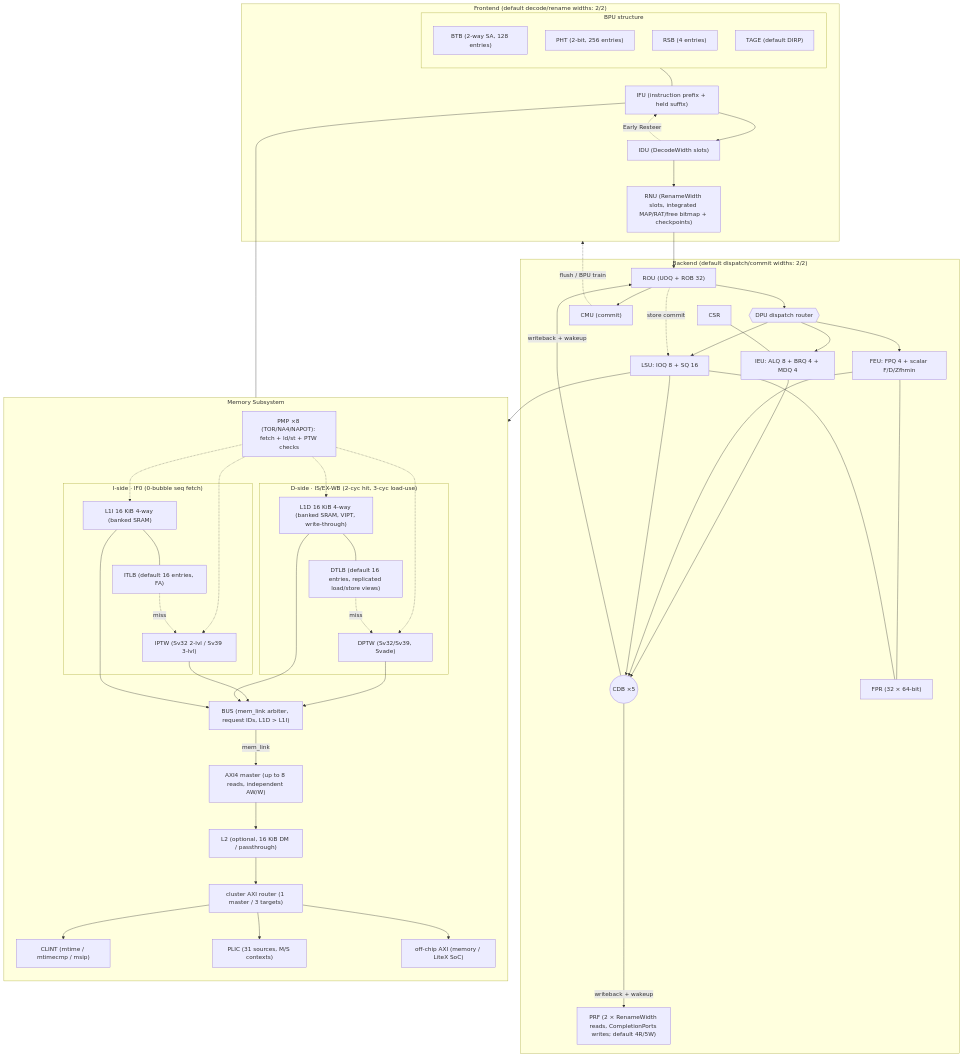
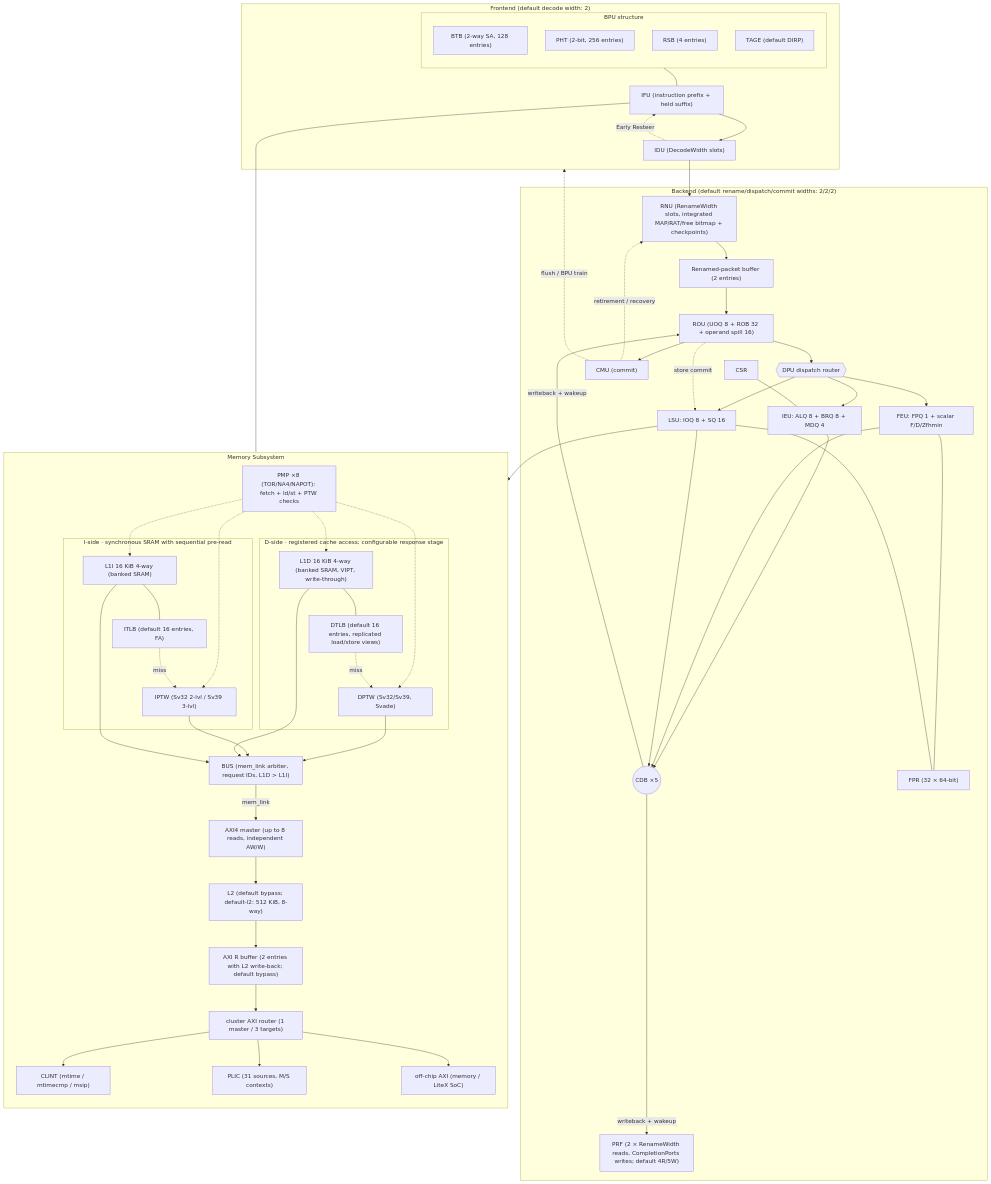
One commit to Kingfish404/raptor-chip changed the diagram in README.md. Above: the diagram before and after it, drawn with Mermaid. The commit also changed other lines of this file and 201 other files, not shown here.

````diff
--- a/README.md
+++ b/README.md
@@ -37,72 +44,75 @@
 ```mermaid
 flowchart TD
   subgraph BPU["BPU structure"]
     direction TD
     BTB["BTB (2-way SA, 128 entries)"]
     PHT["PHT (2-bit, 256 entries)"]
     RSB["RSB (4 entries)"]
     TAGE["TAGE (default DIRP)"]
   end
-  subgraph FE["Frontend (default decode/rename widths: 2/2)"]
+  subgraph FE["Frontend (default decode width: 2)"]
     BPU["BPU (TAGE/BTB/RSB)"]
     IFU["IFU (instruction prefix + held suffix)"]
     IDU["IDU (DecodeWidth slots)"]
+  end
+  subgraph BE["Backend (default rename/dispatch/commit widths: 2/2/2)"]
     RNU["RNU (RenameWidth slots, integrated MAP/RAT/free bitmap + checkpoints)"]
-  end
-  subgraph BE["Backend (default dispatch/commit widths: 2/2)"]
-    ROU["ROU (UOQ + ROB 32)"]
+    RBUF["Renamed-packet buffer (2 entries)"]
+    ROU["ROU (UOQ 8 + ROB 32 + operand spill 16)"]
     DPU{{"DPU dispatch router"}}
-    IEU["IEU: ALQ 8 + BRQ 4 + MDQ 4"]
-    FEU["FEU: FPQ 4 + scalar F/D/Zfhmin"]
+    IEU["IEU: ALQ 8 + BRQ 8 + MDQ 4"]
+    FEU["FEU: FPQ 1 + scalar F/D/Zfhmin"]
     LSU["LSU: IOQ 8 + SQ 16"]
     CDB(("CDB ×5"))
     PRF["PRF (2 × RenameWidth reads, CompletionPorts writes; default 4R/5W)"]
     FPR["FPR (32 × 64-bit)"]
     CMU["CMU (commit)"]
     CSR
   end
   subgraph MEM["Memory Subsystem"]
     direction TD
-    subgraph IMEM["I-side · IF0 (0-bubble seq fetch)"]
+    subgraph IMEM["I-side · synchronous SRAM with sequential pre-read"]
       L1I["L1I 16 KiB 4-way (banked SRAM)"]
       ITLB["ITLB (default 16 entries, FA)"]
       IPTW["IPTW (Sv32 2-lvl / Sv39 3-lvl)"]
     end
-    subgraph DMEM["D-side · IS/EX-WB (2-cyc hit, 3-cyc load-use)"]
+    subgraph DMEM["D-side · registered cache access; configurable response stage"]
       L1D["L1D 16 KiB 4-way (banked SRAM, VIPT, write-through)"]
       DTLB["DTLB (default 16 entries, replicated load/store views)"]
       DPTW["DPTW (Sv32/Sv39, Svade)"]
     end
     PMPC["PMP ×8 (TOR/NA4/NAPOT): fetch + ld/st + PTW checks"]
     BUS["BUS (mem_link arbiter, request IDs, L1D > L1I)"]
     AXIM["AXI4 master (up to 8 reads, independent AW/W)"]
-    L2["L2 (optional, 16 KiB DM / passthrough)"]
+    L2["L2 (default bypass; default-l2: 512 KiB, 8-way)"]
+    RBUF_AXI["AXI R buffer (2 entries with L2 write-back; default bypass)"]
     RTR["cluster AXI router (1 master / 3 targets)"]
     CLINT["CLINT (mtime / mtimecmp / msip)"]
     PLIC["PLIC (31 sources, M/S contexts)"]
     EXT["off-chip AXI (memory / LiteX SoC)"]
   end
   BPU --- IFU
   IFU --> IDU --> RNU
   IDU -."Early Resteer".-> IFU
-  RNU --> ROU --> DPU
+  RNU --> RBUF --> ROU --> DPU
   DPU --> IEU & FEU & LSU
   IEU & FEU & LSU --> CDB
   CDB -->|"writeback + wakeup"| ROU & PRF
   FEU --- FPR
   LSU --- FPR
   ROU --> CMU
   ROU -."store commit".-> LSU
   CMU -."flush / BPU train".-> FE
+  CMU -."retirement / recovery".-> RNU
   CSR --- IEU
   IFU --- L1I
   L1I --- ITLB
   ITLB -."miss".-> IPTW
   LSU --> L1D
   L1D --- DTLB
   DTLB -."miss".-> DPTW
   PMPC -.-> L1I & L1D & IPTW & DPTW
   L1I & L1D & IPTW & DPTW --> BUS
-  BUS -->|mem_link| AXIM --> L2 --> RTR
+  BUS -->|mem_link| AXIM --> L2 --> RBUF_AXI --> RTR
   RTR --> CLINT & PLIC & EXT
 ```
````
